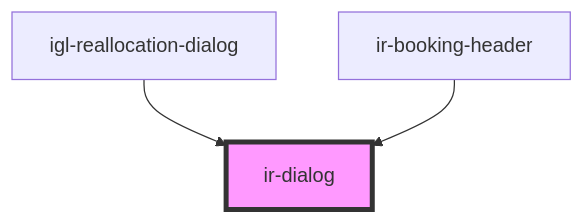
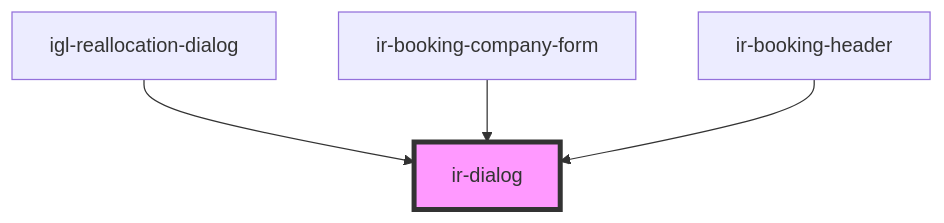
Before and after one commit to RonyRizk/ir-webcmp: the diagram in src/components/ui/ir-dialog/readme.md, drawn with Mermaid. The commit also changed other lines of this file and 128 other files, not shown here.

````diff
--- a/src/components/ui/ir-dialog/readme.md
+++ b/src/components/ui/ir-dialog/readme.md
@@ -53,6 +60,7 @@
 ```mermaid
 graph TD;
   igl-reallocation-dialog --> ir-dialog
+  ir-booking-company-form --> ir-dialog
   ir-booking-header --> ir-dialog
   style ir-dialog fill:#f9f,stroke:#333,stroke-width:4px
 ```
````
